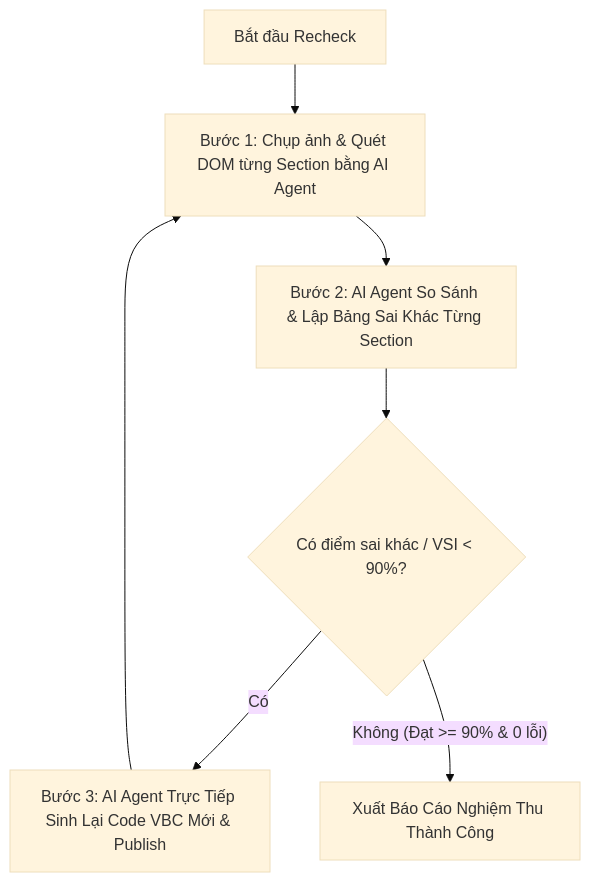
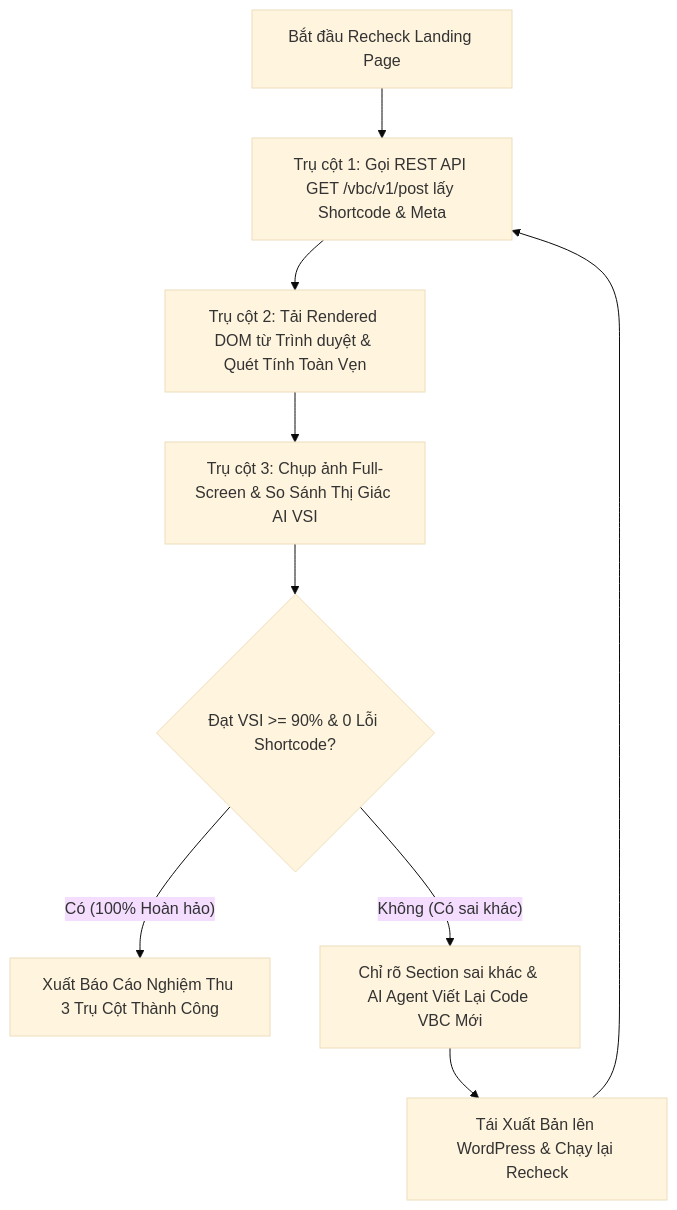
The diagram in .agents/skills/recheck-url/SKILL.md (tuend-work/ultimate-flatsome-vibecode), drawn with Mermaid (base theme) before and after one commit. The commit also changed other lines of this file and 6 other files, not shown here.

````diff
--- a/.agents/skills/recheck-url/SKILL.md
+++ b/.agents/skills/recheck-url/SKILL.md
@@ -16,9 +19,11 @@
 ```mermaid
 flowchart TD
-    A[Bắt đầu Recheck] --> B[Bước 1: Chụp ảnh & Quét DOM từng Section bằng AI Agent]
-    B --> C[Bước 2: AI Agent So Sánh & Lập Bảng Sai Khác Từng Section]
-    C --> D{Có điểm sai khác / VSI < 90%?}
-    D -- Có --> E[Bước 3: AI Agent Trực Tiếp Sinh Lại Code VBC Mới & Publish]
-    E --> B
-    D -- Không (Đạt >= 90% & 0 lỗi) --> F[Xuất Báo Cáo Nghiệm Thu Thành Công]
+    A[Bắt đầu Recheck Landing Page] --> B[Trụ cột 1: Gọi REST API GET /vbc/v1/post lấy Shortcode & Meta]
+    B --> C[Trụ cột 2: Tải Rendered DOM từ Trình duyệt & Quét Tính Toàn Vẹn]
+    C --> D[Trụ cột 3: Chụp ảnh Full-Screen & So Sánh Thị Giác AI VSI]
+    D --> E{Đạt VSI >= 90% & 0 Lỗi Shortcode?}
+    E -- Có (100% Hoàn hảo) --> F[Xuất Báo Cáo Nghiệm Thu 3 Trụ Cột Thành Công]
+    E -- Không (Có sai khác) --> G[Chỉ rõ Section sai khác & AI Agent Viết Lại Code VBC Mới]
+    G --> H[Tái Xuất Bản lên WordPress & Chạy lại Recheck]
+    H --> B
 ```
````
